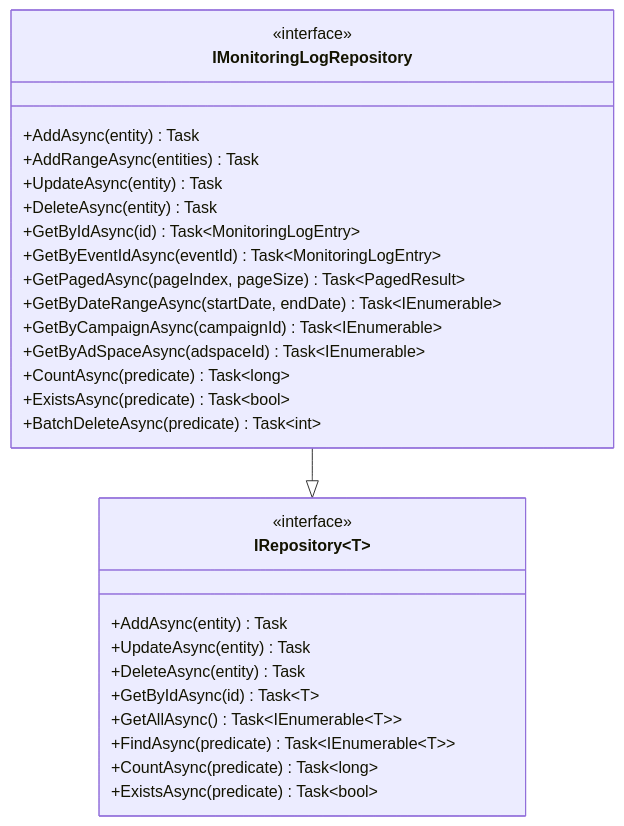
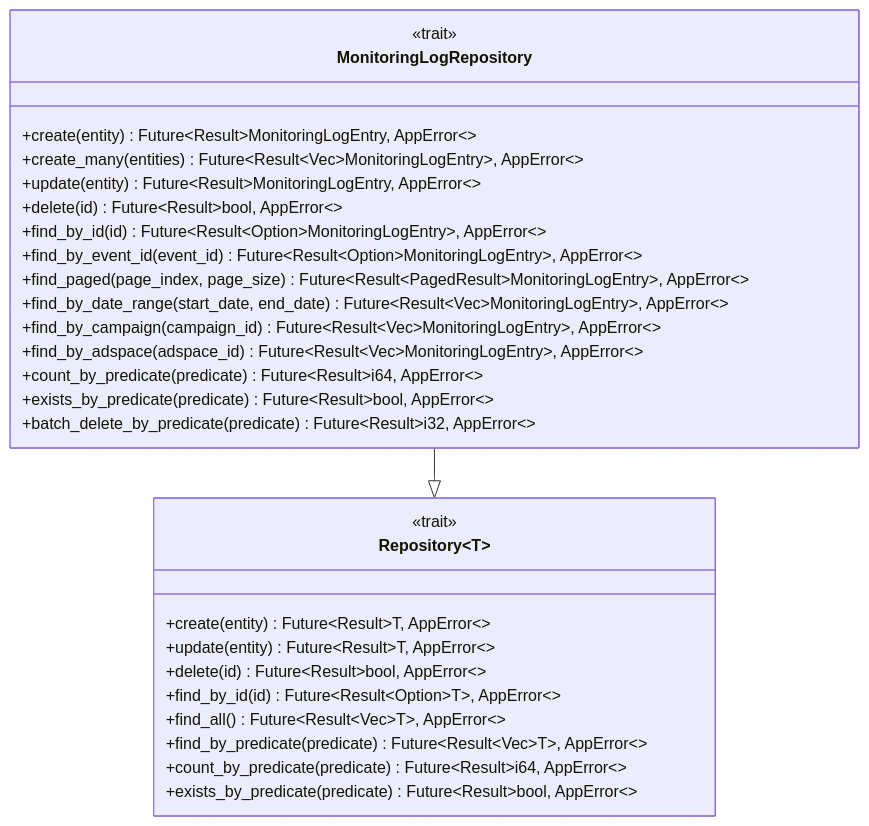
Before and after one commit to lornshrimp/Lorn.ADSP.Rust: the fourth of 8 diagrams in docs_TecDesign/广告投放引擎/广告效果监测服务设计/广告效果监测服务数据访问层设计.md, drawn with Mermaid. The commit also changed other lines of this file and 8 other files, not shown here.

````diff
--- a/docs_TecDesign/广告投放引擎/广告效果监测服务设计/广告效果监测服务数据访问层设计.md
+++ b/docs_TecDesign/广告投放引擎/广告效果监测服务设计/广告效果监测服务数据访问层设计.md
@@ -207,33 +256,33 @@
 ```mermaid
 classDiagram
-    class IMonitoringLogRepository {
-        <<interface>>
-        +AddAsync(entity) Task
-        +AddRangeAsync(entities) Task
-        +UpdateAsync(entity) Task
-        +DeleteAsync(entity) Task
-        +GetByIdAsync(id) Task~MonitoringLogEntry~
-        +GetByEventIdAsync(eventId) Task~MonitoringLogEntry~
-        +GetPagedAsync(pageIndex, pageSize) Task~PagedResult~
-        +GetByDateRangeAsync(startDate, endDate) Task~IEnumerable~
-        +GetByCampaignAsync(campaignId) Task~IEnumerable~
-        +GetByAdSpaceAsync(adspaceId) Task~IEnumerable~
-        +CountAsync(predicate) Task~long~
-        +ExistsAsync(predicate) Task~bool~
-        +BatchDeleteAsync(predicate) Task~int~
+    class MonitoringLogRepository {
+        <<trait>>
+        +create(entity) Future~Result~MonitoringLogEntry, AppError~~
+        +create_many(entities) Future~Result~Vec~MonitoringLogEntry~, AppError~~
+        +update(entity) Future~Result~MonitoringLogEntry, AppError~~
+        +delete(id) Future~Result~bool, AppError~~
+        +find_by_id(id) Future~Result~Option~MonitoringLogEntry~, AppError~~
+        +find_by_event_id(event_id) Future~Result~Option~MonitoringLogEntry~, AppError~~
+        +find_paged(page_index, page_size) Future~Result~PagedResult~MonitoringLogEntry~, AppError~~
+        +find_by_date_range(start_date, end_date) Future~Result~Vec~MonitoringLogEntry~, AppError~~
+        +find_by_campaign(campaign_id) Future~Result~Vec~MonitoringLogEntry~, AppError~~
+        +find_by_adspace(adspace_id) Future~Result~Vec~MonitoringLogEntry~, AppError~~
+        +count_by_predicate(predicate) Future~Result~i64, AppError~~
+        +exists_by_predicate(predicate) Future~Result~bool, AppError~~
+        +batch_delete_by_predicate(predicate) Future~Result~i32, AppError~~
     }
     
-    class IRepository~T~ {
-        <<interface>>
-        +AddAsync(entity) Task
-        +UpdateAsync(entity) Task
-        +DeleteAsync(entity) Task
-        +GetByIdAsync(id) Task~T~
-        +GetAllAsync() Task~IEnumerable~T~~
-        +FindAsync(predicate) Task~IEnumerable~T~~
-        +CountAsync(predicate) Task~long~
-        +ExistsAsync(predicate) Task~bool~
+    class Repository~T~ {
+        <<trait>>
+        +create(entity) Future~Result~T, AppError~~
+        +update(entity) Future~Result~T, AppError~~
+        +delete(id) Future~Result~bool, AppError~~
+        +find_by_id(id) Future~Result~Option~T~, AppError~~
+        +find_all() Future~Result~Vec~T~, AppError~~
+        +find_by_predicate(predicate) Future~Result~Vec~T~, AppError~~
+        +count_by_predicate(predicate) Future~Result~i64, AppError~~
+        +exists_by_predicate(predicate) Future~Result~bool, AppError~~
     }
     
-    IMonitoringLogRepository --|> IRepository~MonitoringLogEntry~
+    MonitoringLogRepository --|> Repository~MonitoringLogEntry~
 ```
````
